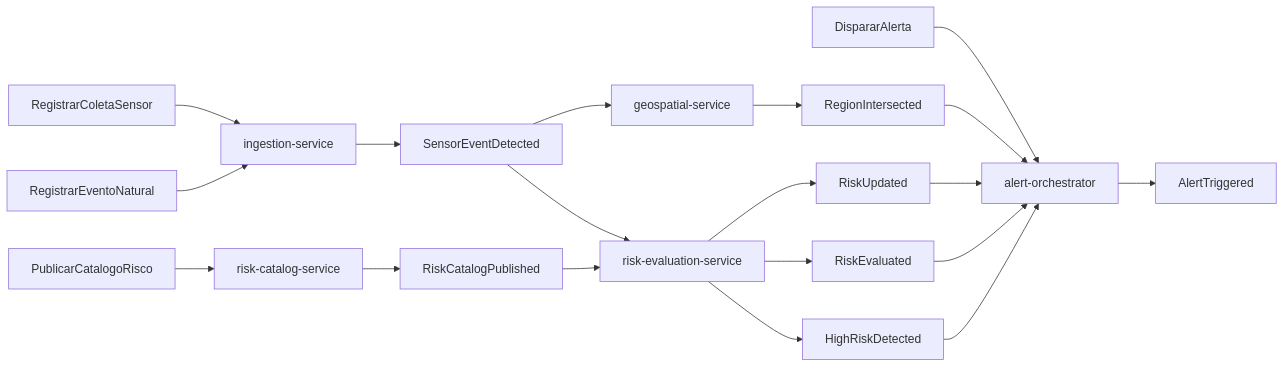
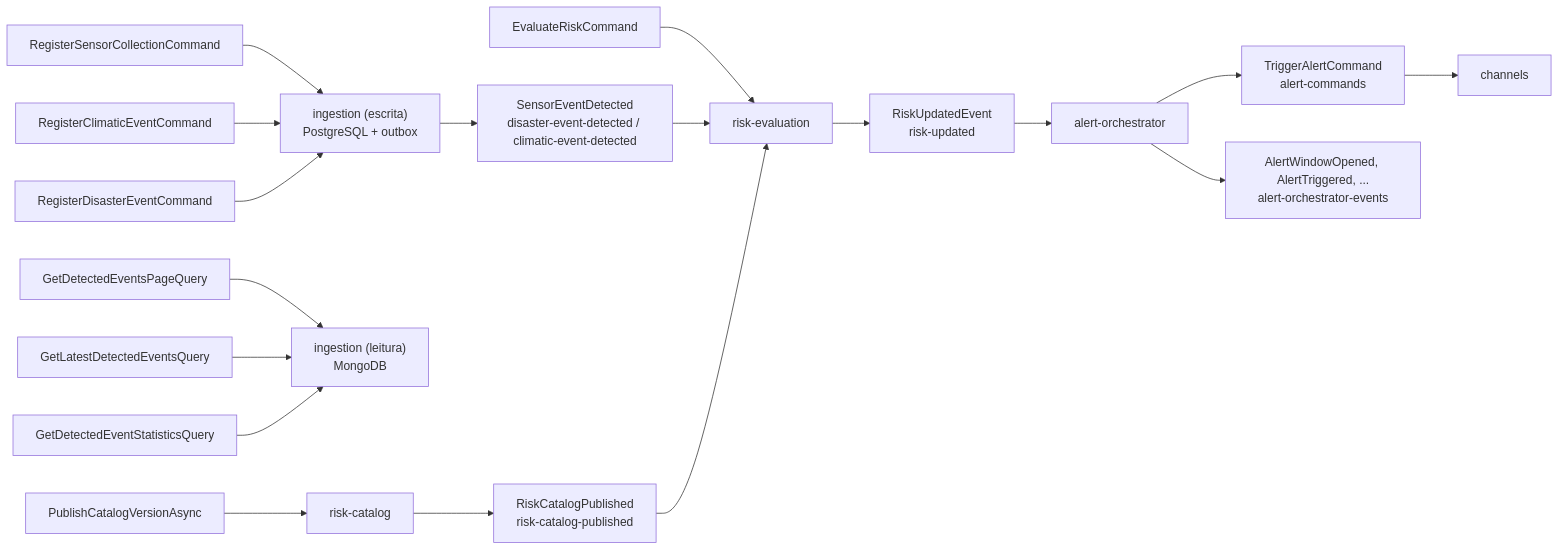
The diagram in docs/diagrams/flow-cqrs.mmd (murilonicemento/sentinel), drawn with Mermaid before and after one commit. The commit also changed 13 other files, not shown here.

```diff
--- a/docs/diagrams/flow-cqrs.mmd
+++ b/docs/diagrams/flow-cqrs.mmd
@@ -1,44 +1,48 @@
 graph LR
+%% Commands, queries e eventos do pipeline principal (nomes das classes do código, verificado em 2026-11-04).
+%% O ingestion é o único serviço com CQRS completo: escrita em PostgreSQL + outbox, leitura em MongoDB.
     %% Commands
-    CMD1["RegistrarColetaSensor"]
-    CMD2["RegistrarEventoNatural"]
-    CMD3["PublicarCatalogoRisco"]
-    CMD4["DispararAlerta"]
+    CMD1["RegisterSensorCollectionCommand"]
+    CMD2["RegisterClimaticEventCommand"]
+    CMD3["RegisterDisasterEventCommand"]
+    CMD4["PublishCatalogVersionAsync"]
+    CMD5["EvaluateRiskCommand"]
 
-    %% Events
-    EVT1["SensorEventDetected"]
-    EVT2["RiskCatalogPublished"]
-    EVT3["RegionIntersected"]
-    EVT4["RiskUpdated"]
-    EVT5["RiskEvaluated"]
-    EVT6["HighRiskDetected"]
-    EVT7["AlertTriggered"]
+    %% Queries do ingestion
+    QRY1["GetDetectedEventsPageQuery"]
+    QRY2["GetLatestDetectedEventsQuery"]
+    QRY3["GetDetectedEventStatisticsQuery"]
 
-    %% Serviços
-    IS["ingestion-service"]
-    GS["geospatial-service"]
-    RCS["risk-catalog-service"]
-    RES["risk-evaluation-service"]
+    %% Eventos e tópicos
+    EVT1["SensorEventDetected<br/>disaster-event-detected / climatic-event-detected"]
+    EVT2["RiskCatalogPublished<br/>risk-catalog-published"]
+    EVT3["RiskUpdatedEvent<br/>risk-updated"]
+    EVT4["TriggerAlertCommand<br/>alert-commands"]
+    EVT5["AlertWindowOpened, AlertTriggered, ...<br/>alert-orchestrator-events"]
+
+    %% Serviços e armazenamentos
+    ISW["ingestion (escrita)<br/>PostgreSQL + outbox"]
+    ISR["ingestion (leitura)<br/>MongoDB"]
+    RCS["risk-catalog"]
+    RES["risk-evaluation"]
     AO["alert-orchestrator"]
+    CH["channels"]
 
-    %% Fluxo de Commands
-    CMD1 --> IS
-    CMD2 --> IS
-    CMD3 --> RCS
-    CMD4 --> AO
+    CMD1 --> ISW
+    CMD2 --> ISW
+    CMD3 --> ISW
+    QRY1 --> ISR
+    QRY2 --> ISR
+    QRY3 --> ISR
+    CMD4 --> RCS
+    CMD5 --> RES
 
-    %% Fluxo de Events
-    IS --> EVT1
-    EVT1 --> GS
+    ISW --> EVT1
     EVT1 --> RES
     RCS --> EVT2
     EVT2 --> RES
-    GS --> EVT3
-    RES --> EVT4
-    RES --> EVT5
-    RES --> EVT6
+    RES --> EVT3
     EVT3 --> AO
-    EVT4 --> AO
-    EVT5 --> AO
-    EVT6 --> AO
-    AO --> EVT7
+    AO --> EVT4
+    AO --> EVT5
+    EVT4 --> CH
```
